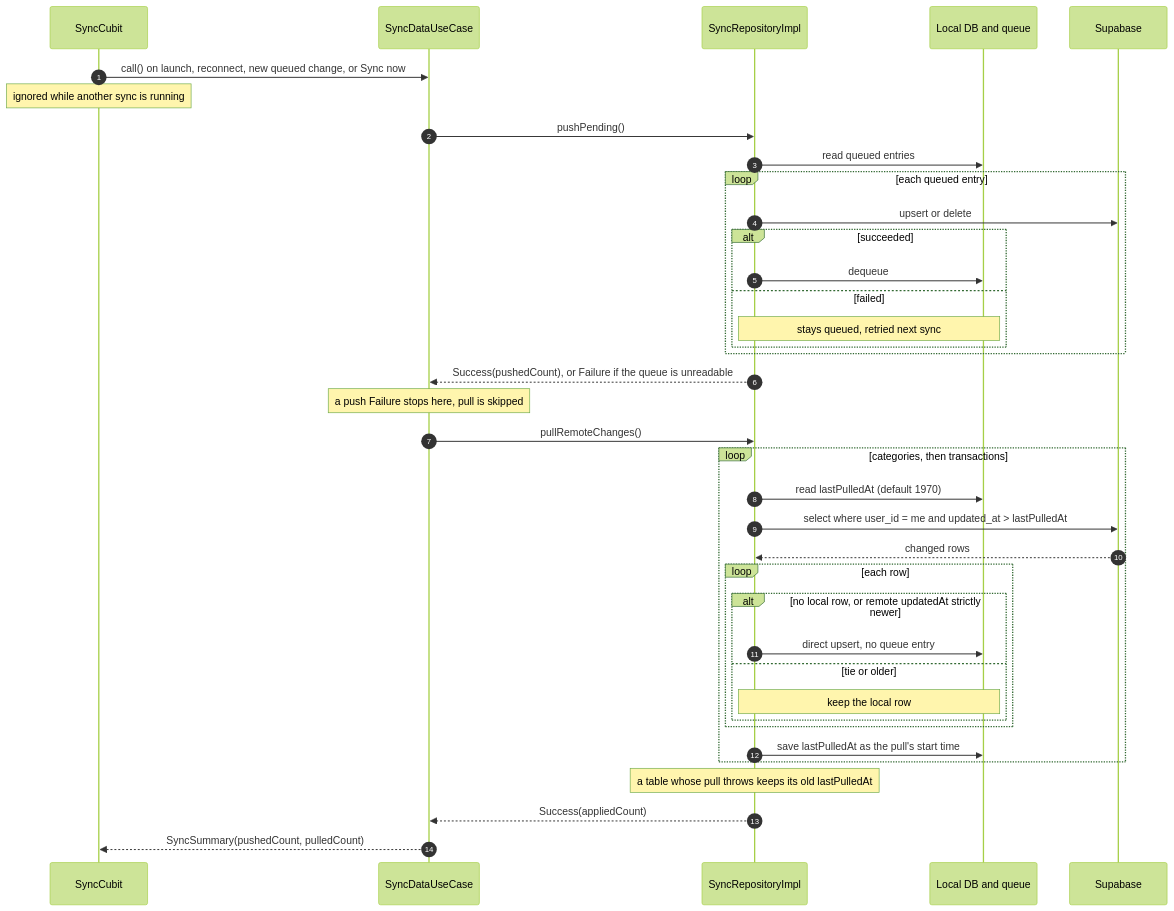
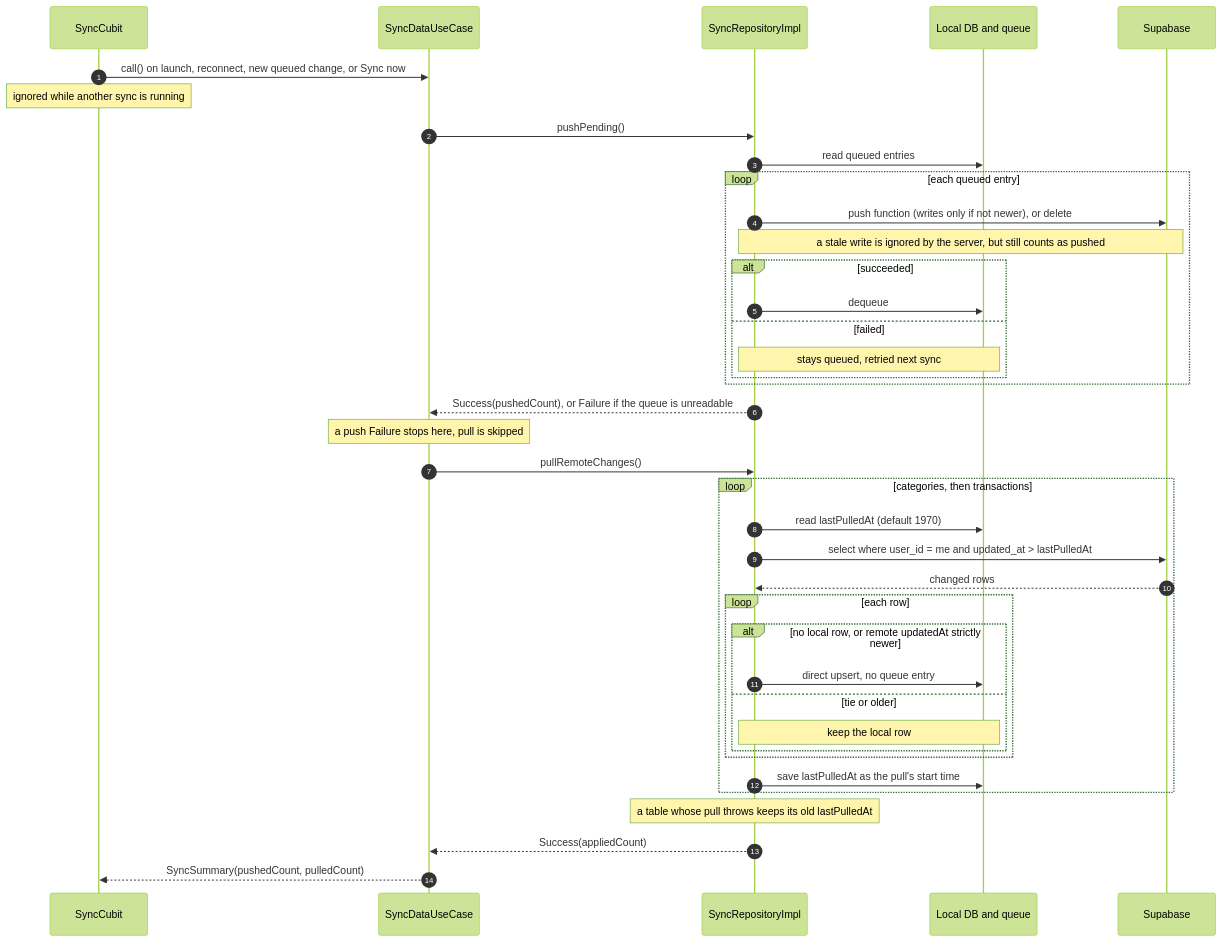
The third of 4 diagrams in README.md (Israa050/Daftar), drawn with Mermaid (forest theme) before and after one commit. The commit also changed other lines of this file, not shown here.

First line of the commit message:
docs: describe last-write-wins on push and the third migration

````diff
--- a/README.md
+++ b/README.md
@@ -427,41 +427,42 @@
 ```mermaid
 sequenceDiagram
     autonumber
     participant Cubit as SyncCubit
     participant UC as SyncDataUseCase
     participant Repo as SyncRepositoryImpl
     participant Local as Local DB and queue
     participant Remote as Supabase
 
     Cubit->>UC: call() on launch, reconnect, new queued change, or Sync now
     Note over Cubit: ignored while another sync is running
     UC->>Repo: pushPending()
     Repo->>Local: read queued entries
     loop each queued entry
-        Repo->>Remote: upsert or delete
+        Repo->>Remote: push function (writes only if not newer), or delete
+        Note over Repo,Remote: a stale write is ignored by the server, but still counts as pushed
         alt succeeded
             Repo->>Local: dequeue
         else failed
             Note over Repo,Local: stays queued, retried next sync
         end
     end
     Repo-->>UC: Success(pushedCount), or Failure if the queue is unreadable
     Note over UC: a push Failure stops here, pull is skipped
     UC->>Repo: pullRemoteChanges()
     loop categories, then transactions
         Repo->>Local: read lastPulledAt (default 1970)
         Repo->>Remote: select where user_id = me and updated_at > lastPulledAt
         Remote-->>Repo: changed rows
         loop each row
             alt no local row, or remote updatedAt strictly newer
                 Repo->>Local: direct upsert, no queue entry
             else tie or older
                 Note over Repo,Local: keep the local row
             end
         end
         Repo->>Local: save lastPulledAt as the pull's start time
     end
     Note over Repo: a table whose pull throws keeps its old lastPulledAt
     Repo-->>UC: Success(appliedCount)
     UC-->>Cubit: SyncSummary(pushedCount, pulledCount)
 ```
````
